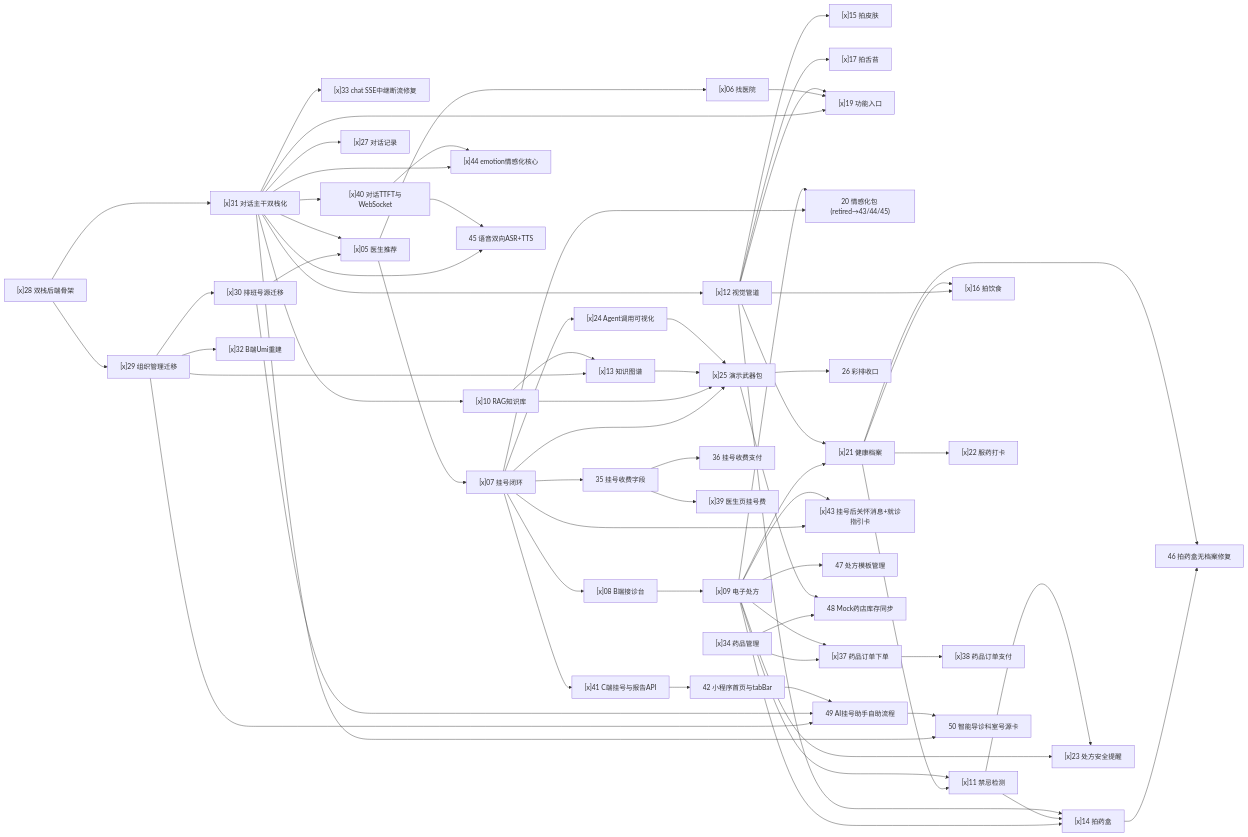
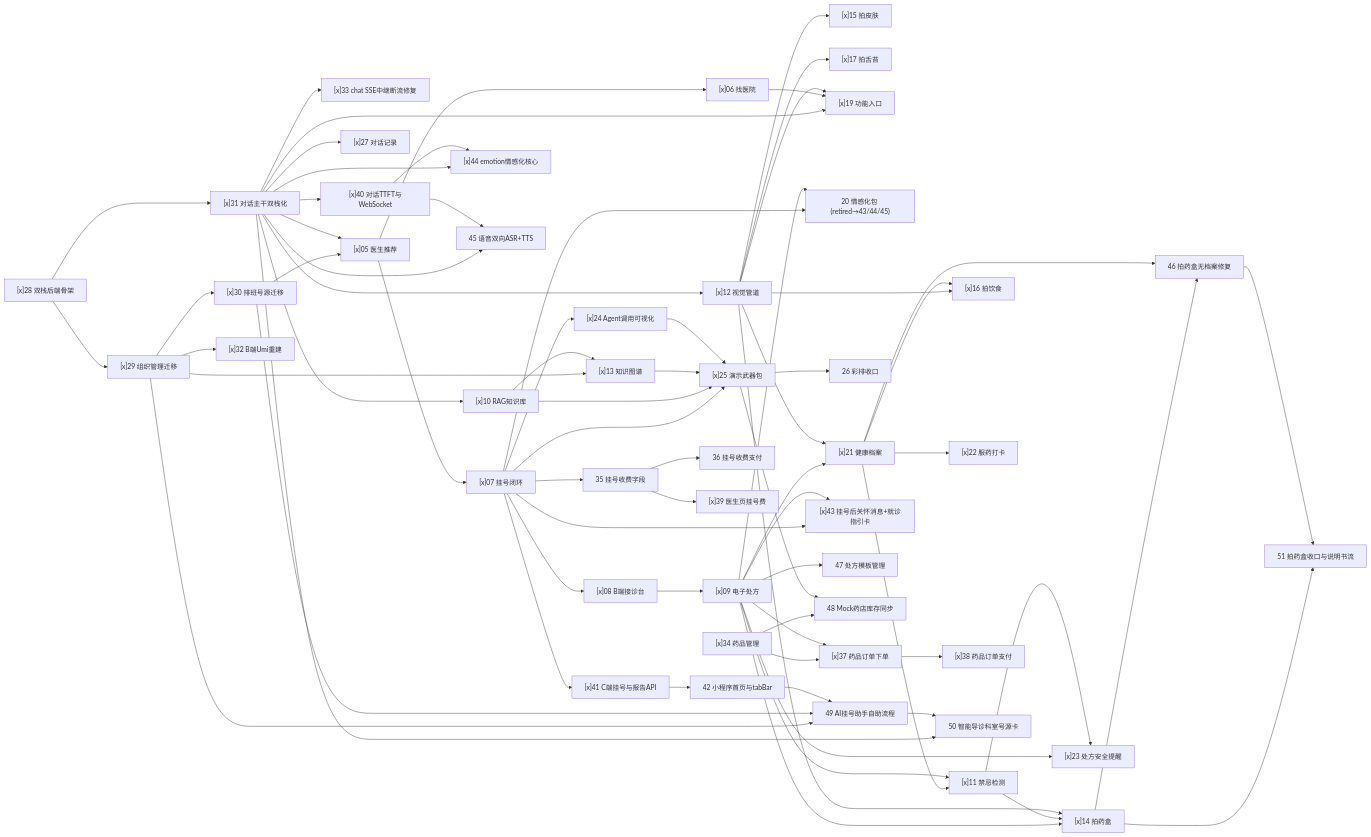
The diagram in README.md (ILoveFurina/zhiyu-health), drawn with Mermaid before and after one commit. The commit also changed 1 other file, not shown here.

Commit message:
docs: 票 51 收口验证记录与 README 依赖图 T51 节点

```diff
--- a/README.md
+++ b/README.md
@@ -69,6 +69,7 @@
     T48["48 Mock药店库存同步"]
     T49["49 AI挂号助手自助流程"]
     T50["50 智能导诊科室号源卡"]
+    T51["51 拍药盒收口与说明书流"]
 
     T28 --> T29
     T28 --> T31
@@ -123,6 +124,9 @@
     T14 --> T46
     T21 --> T46
 
+    T14 --> T51
+    T46 --> T51
+
     T21 --> T22
 
     T09 --> T23
```
